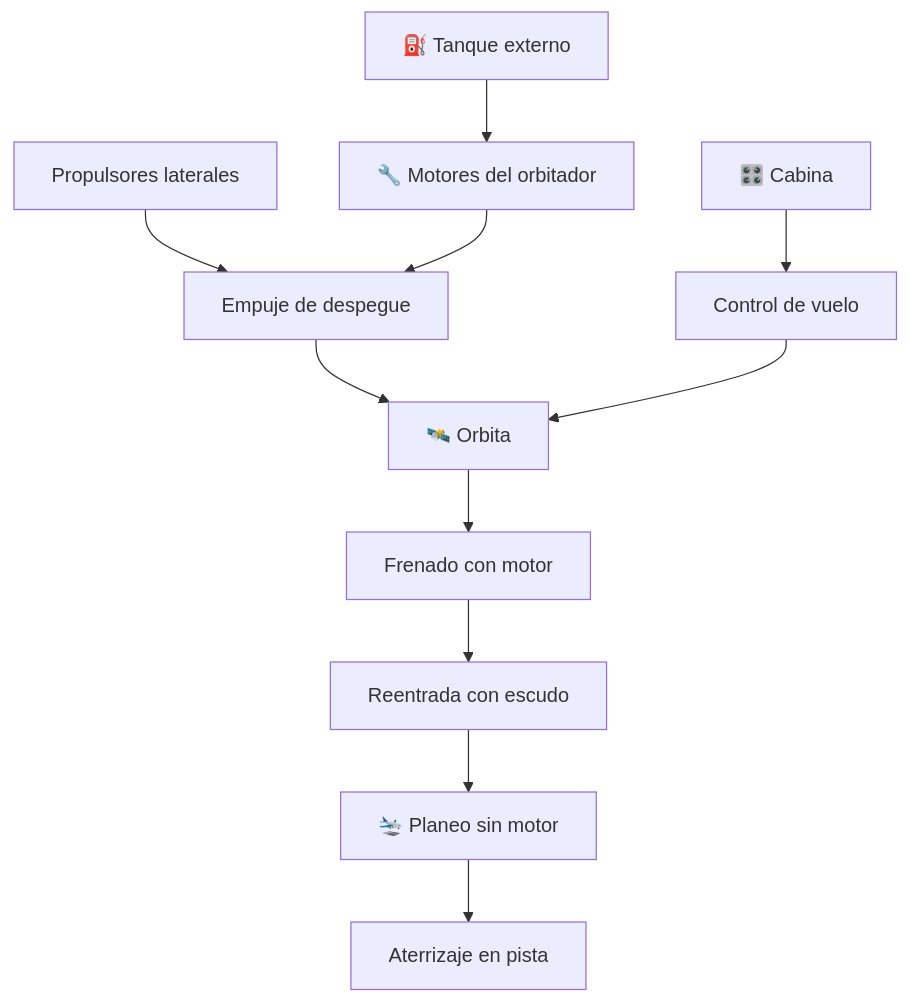
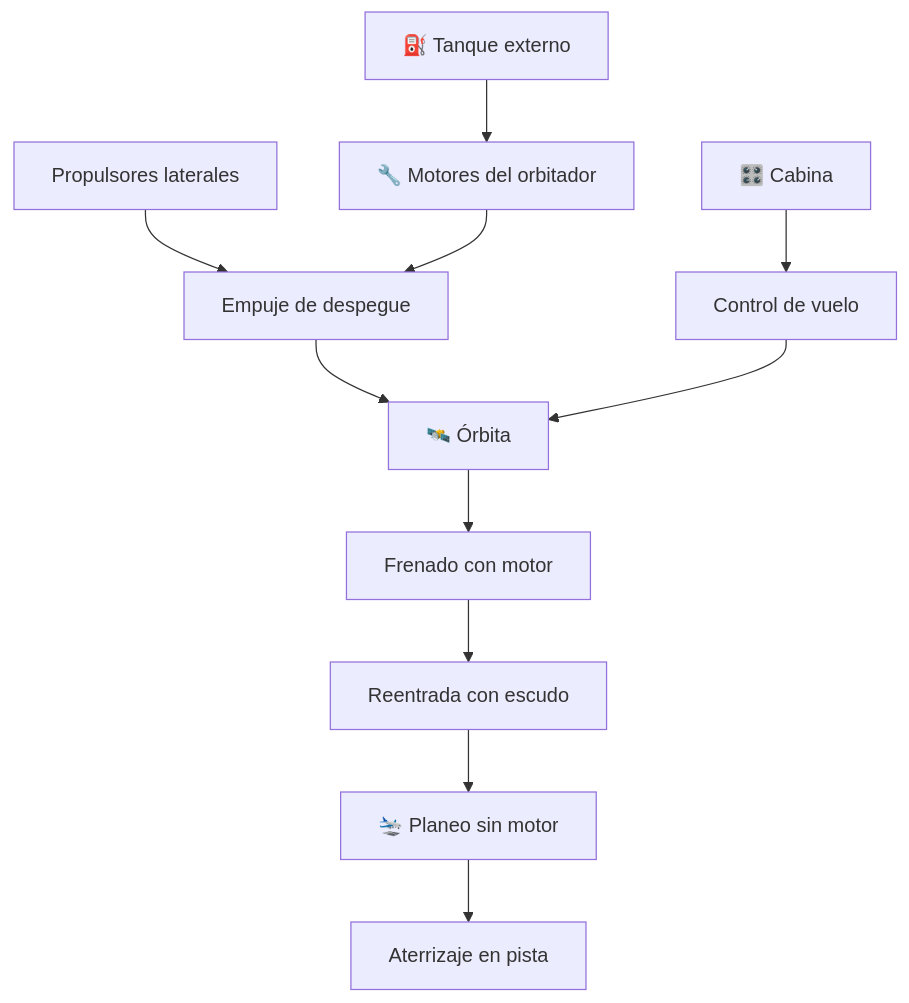
One commit to vladimiracunadev-create/machine-operator-program changed the diagram in vehiculos/transbordadores/README.md. Above: the diagram before and after it, drawn with Mermaid. The commit also changed other lines of this file and 442 other files, not shown here.

````diff
--- a/vehiculos/transbordadores/README.md
+++ b/vehiculos/transbordadores/README.md
@@ -33,13 +33,13 @@
 ```mermaid
 flowchart TD
     Tanque[⛽ Tanque externo] --> Motores[🔧 Motores del orbitador]
     Propulsores[Propulsores laterales] --> Empuje[Empuje de despegue]
     Motores --> Empuje
-    Empuje --> Orbita[🛰️ Orbita]
+    Empuje --> Orbita[🛰️ Órbita]
     Orbita --> Desorbita[Frenado con motor]
     Desorbita --> Reentrada[Reentrada con escudo]
     Reentrada --> Planeo[🛬 Planeo sin motor]
     Planeo --> Pista[Aterrizaje en pista]
     Cabina[🎛️ Cabina] --> Control[Control de vuelo]
     Control --> Orbita
 ```
````
